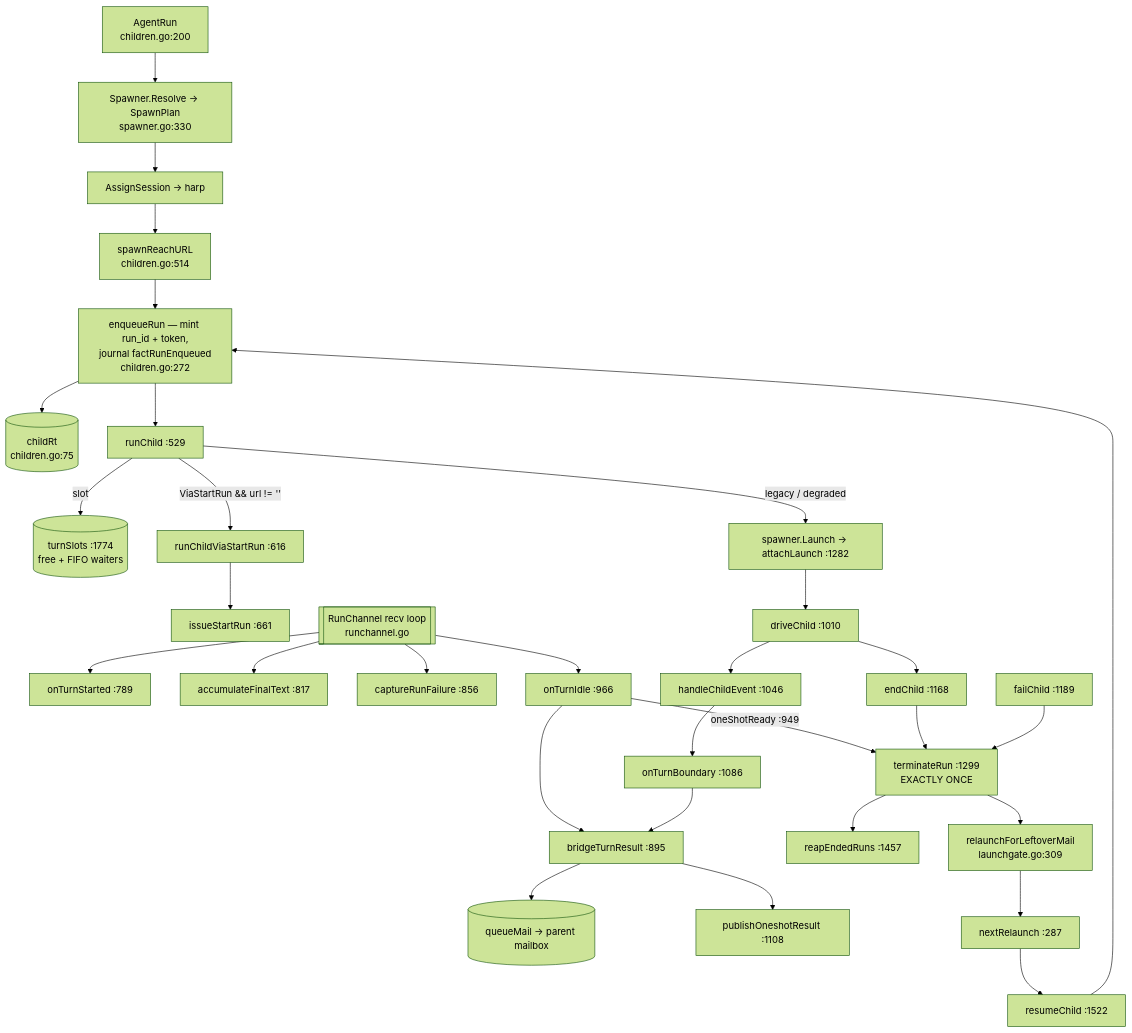
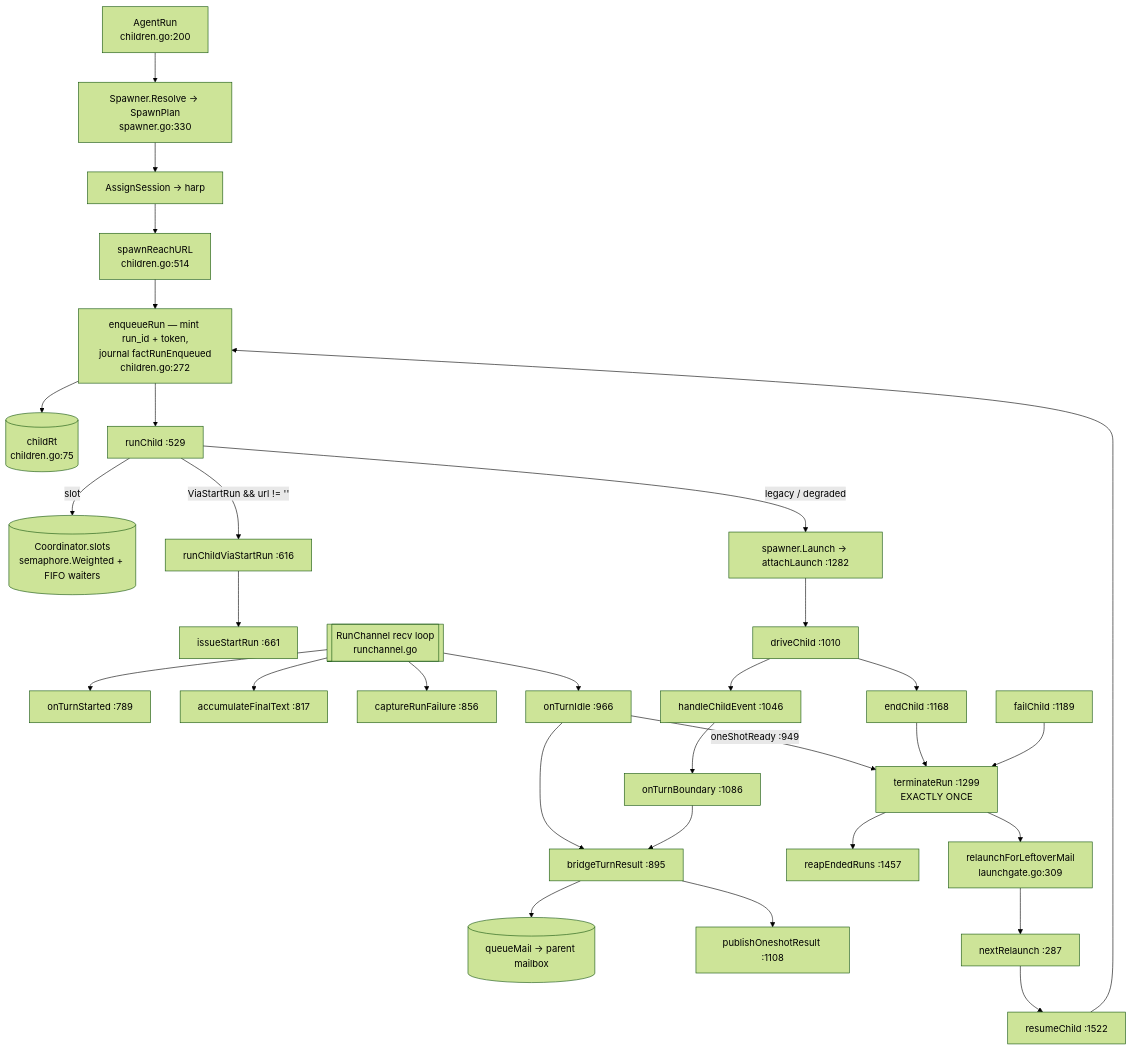
One commit to ctxloom/ctxloom changed the diagram in docs/architecture/agentcoord/child-lifecycle.md. Above: the diagram before and after it, drawn with Mermaid (forest theme). The commit also changed other lines of this file and 11 other files, not shown here.

First line of the commit message:
test(coord): read the slot cap through the semaphore, and pin the loud over-release

````diff
--- a/docs/architecture/agentcoord/child-lifecycle.md
+++ b/docs/architecture/agentcoord/child-lifecycle.md
@@ -16,28 +16,28 @@
 ```mermaid
 flowchart TD
   AR["AgentRun<br/>children.go:200"] --> RES["Spawner.Resolve → SpawnPlan<br/>spawner.go:330"]
   RES --> ASSIGN["AssignSession → harp"]
   ASSIGN --> URL["spawnReachURL<br/>children.go:514"]
   URL --> EQ["enqueueRun — mint run_id + token,<br/>journal factRunEnqueued<br/>children.go:272"]
   EQ --> RT[("childRt<br/>children.go:75")]
   EQ --> RC["runChild :529"]
-  RC -->|slot| TS[("turnSlots :1774<br/>free + FIFO waiters")]
+  RC -->|slot| TS[("Coordinator.slots<br/>semaphore.Weighted + FIFO waiters")]
   RC -->|"ViaStartRun && url != ''"| VSR["runChildViaStartRun :616"] --> ISR["issueStartRun :661"]
   RC -->|legacy / degraded| LA["spawner.Launch → attachLaunch :1282"] --> DC["driveChild :1010"]
 
   RCH[["RunChannel recv loop<br/>runchannel.go"]] --> OTS["onTurnStarted :789"]
   RCH --> AFT["accumulateFinalText :817"]
   RCH --> CRF["captureRunFailure :856"]
   RCH --> OTI["onTurnIdle :966"]
   DC --> HCE["handleChildEvent :1046"] --> OTB["onTurnBoundary :1086"]
   OTI --> BTR["bridgeTurnResult :895"]
   OTB --> BTR
   BTR --> MAIL[("queueMail → parent mailbox")]
   BTR --> POR["publishOneshotResult :1108"]
   OTI -->|oneShotReady :949| TERM
   DC --> EC["endChild :1168"] --> TERM["terminateRun :1299<br/>EXACTLY ONCE"]
   FC["failChild :1189"] --> TERM
   TERM --> REAP["reapEndedRuns :1457"]
   TERM --> RLM["relaunchForLeftoverMail<br/>launchgate.go:309"] --> NR["nextRelaunch :287"] --> RSC["resumeChild :1522"]
   RSC --> EQ
 ```
````
